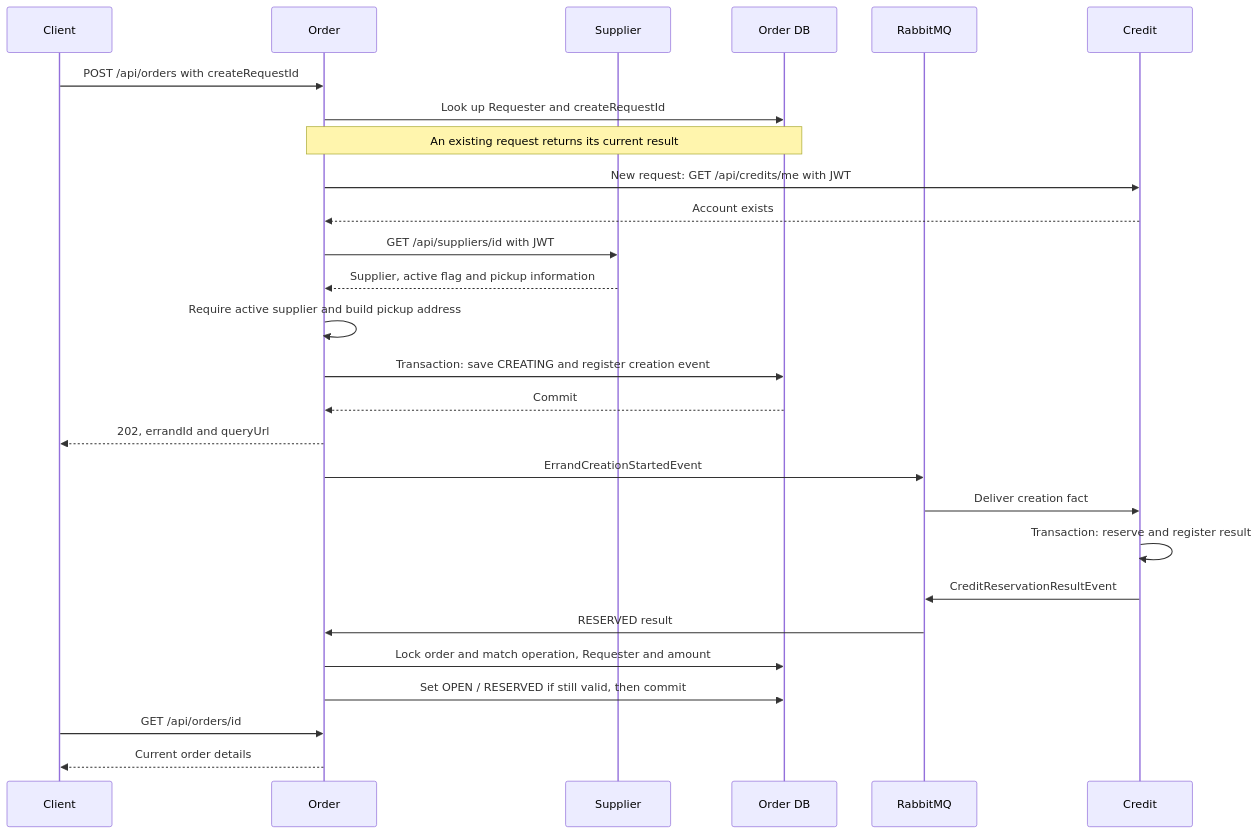
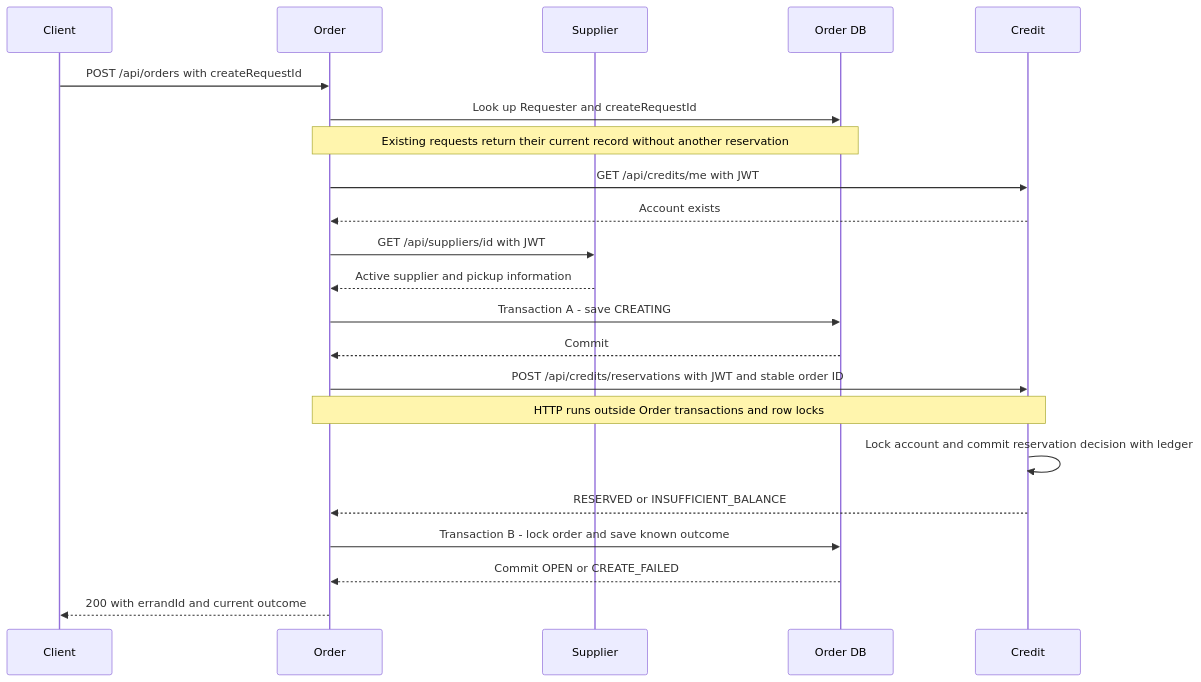
One commit to AY2627S1-CS3219-P24/FoC changed the third of 16 diagrams in order-service/README.md. Above: the diagram before and after it, drawn with Mermaid. The commit also changed other lines of this file and 26 other files, not shown here.

Commit message:
refactor(order): refactor synchronous credit reservation and simplify constraints

````diff
--- a/order-service/README.md
+++ b/order-service/README.md
@@ -111,29 +111,24 @@
 ```mermaid
 sequenceDiagram
     participant Client
     participant Order
     participant Supplier
     participant DB as Order DB
-    participant MQ as RabbitMQ
     participant Credit
     Client->>Order: POST /api/orders with createRequestId
     Order->>DB: Look up Requester and createRequestId
-    Note over Order,DB: An existing request returns its current result
-    Order->>Credit: New request: GET /api/credits/me with JWT
+    Note over Order,DB: Existing requests return their current record without another reservation
+    Order->>Credit: GET /api/credits/me with JWT
     Credit-->>Order: Account exists
     Order->>Supplier: GET /api/suppliers/id with JWT
-    Supplier-->>Order: Supplier, active flag and pickup information
-    Order->>Order: Require active supplier and build pickup address
-    Order->>DB: Transaction: save CREATING and register creation event
+    Supplier-->>Order: Active supplier and pickup information
+    Order->>DB: Transaction A - save CREATING
     DB-->>Order: Commit
-    Order-->>Client: 202, errandId and queryUrl
-    Order->>MQ: ErrandCreationStartedEvent
-    MQ->>Credit: Deliver creation fact
-    Credit->>Credit: Transaction: reserve and register result
-    Credit->>MQ: CreditReservationResultEvent
-    MQ->>Order: RESERVED result
-    Order->>DB: Lock order and match operation, Requester and amount
-    Order->>DB: Set OPEN / RESERVED if still valid, then commit
-    Client->>Order: GET /api/orders/id
-    Order-->>Client: Current order details
+    Order->>Credit: POST /api/credits/reservations with JWT and stable order ID
+    Note over Order,Credit: HTTP runs outside Order transactions and row locks
+    Credit->>Credit: Lock account and commit reservation decision with ledger
+    Credit-->>Order: RESERVED or INSUFFICIENT_BALANCE
+    Order->>DB: Transaction B - lock order and save known outcome
+    DB-->>Order: Commit OPEN or CREATE_FAILED
+    Order-->>Client: 200 with errandId and current outcome
 ```
````
